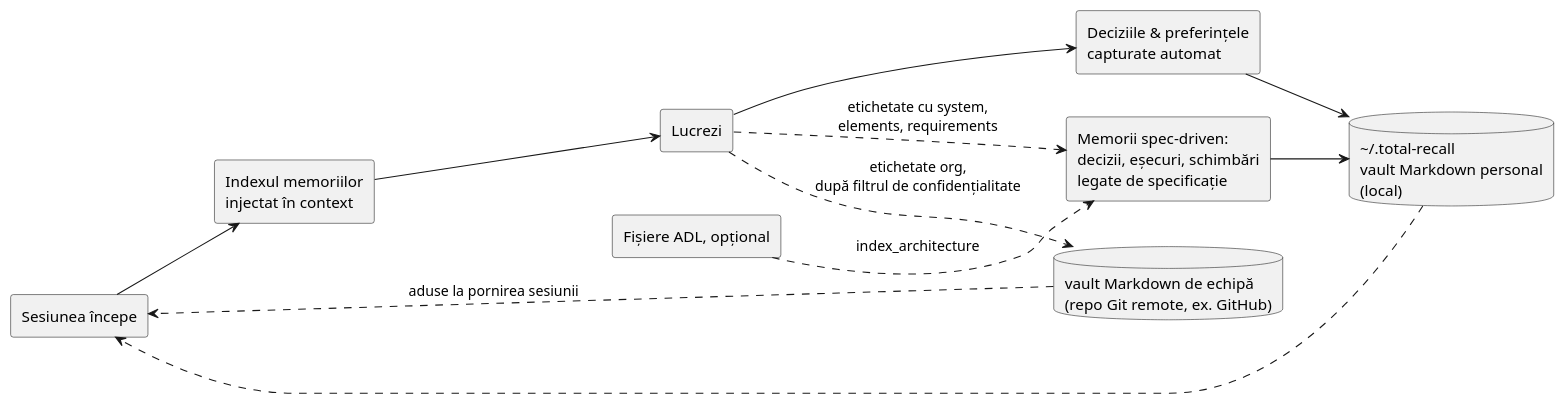
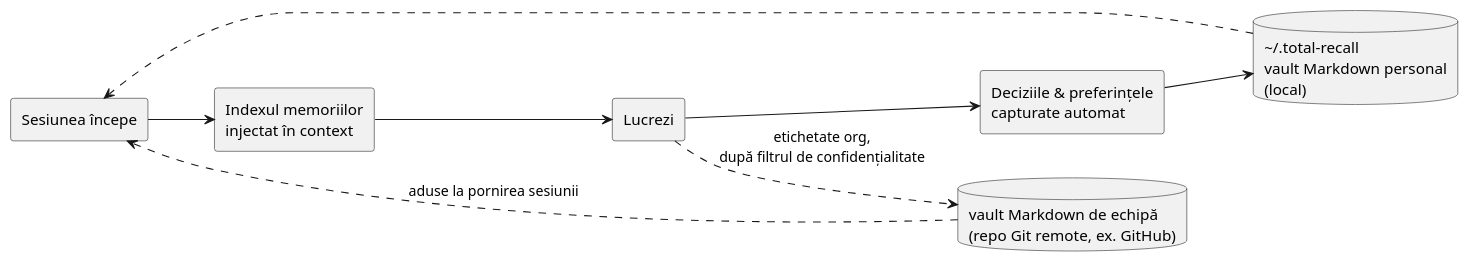
Before and after one commit to adrian-balaban/total-recall: the diagram in docs/diagrams/session-loop-ro.puml, drawn with PlantUML. The commit also changed 4 other files, not shown here.

First line of the commit message:
docs: simplify session-loop diagrams, mark T3 approved

```diff
--- a/docs/diagrams/session-loop-ro.puml
+++ b/docs/diagrams/session-loop-ro.puml
@@ -1,24 +1,19 @@
 @startuml session-loop-ro
 left to right direction
 skinparam shadowing false
 skinparam defaultFontName Helvetica
 
 rectangle "Sesiunea începe" as A
 rectangle "Indexul memoriilor\ninjectat în context" as B
 rectangle "Lucrezi" as C
 rectangle "Deciziile & preferințele\ncapturate automat" as D
 database "<U+007E>/.total-recall\nvault Markdown personal\n(local)" as E
 database "vault Markdown de echipă\n(repo Git remote, ex. GitHub)" as R
-rectangle "Memorii spec-driven:\ndecizii, eșecuri, schimbări\nlegate de specificație" as G
-rectangle "Fișiere ADL, opțional" as Hh
 A --> B
 B --> C
 C --> D
 D --> E
 E ..> A
-C ..> G : etichetate cu system,\nelements, requirements
-G --> E
 C ..> R : etichetate org,\ndupă filtrul de confidențialitate
 R ..> A : aduse la pornirea sesiunii
-Hh ..> G : index_architecture
 @enduml
```
